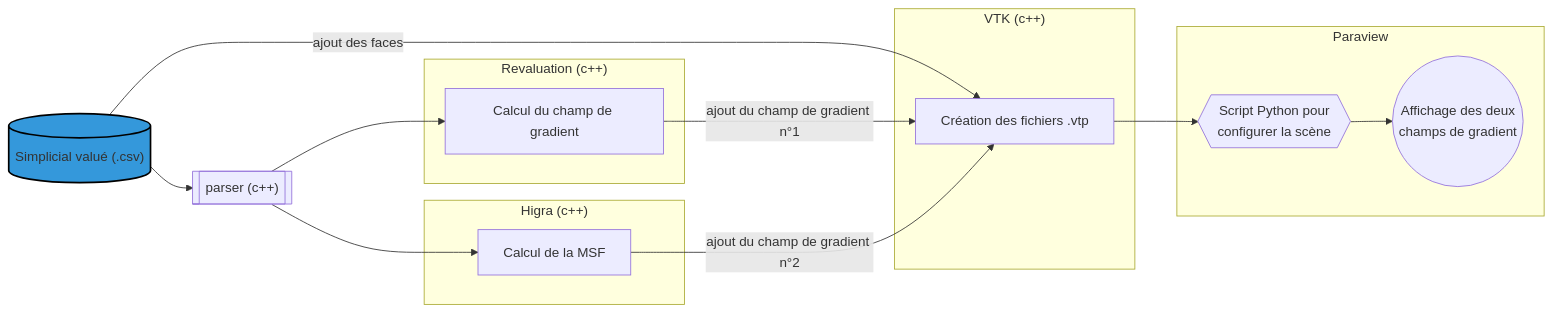
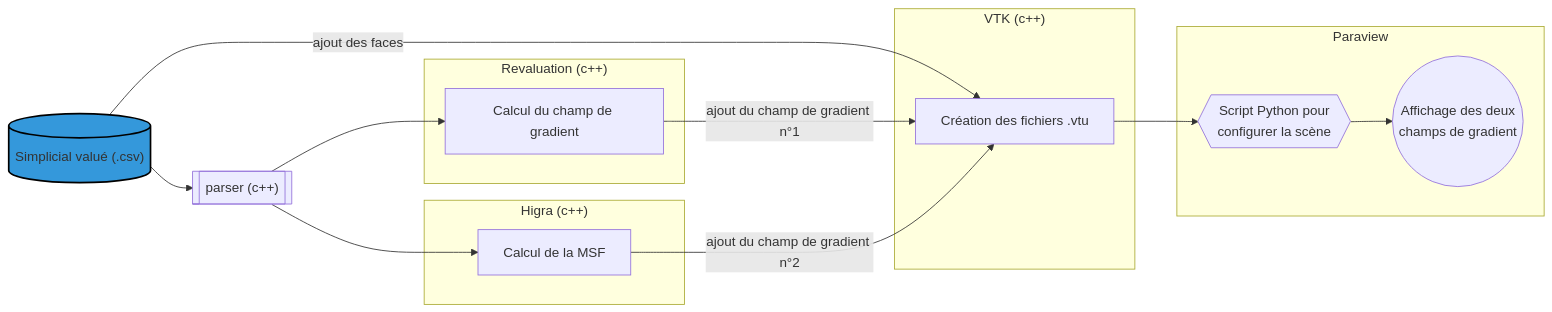
Before and after one commit to El-Bicente/PFEE: the diagram in schema.md, drawn with Mermaid.

````diff
--- a/schema.md
+++ b/schema.md
@@ -1,35 +1,35 @@
 ```mermaid
 graph LR
 
     S[("Simplicial valué (.csv)")]:::data
     S --> PAR
-    S -- "ajout des faces" --> VTP
+    S -- "ajout des faces" --> VTU
     
     PAR[["parser (c++)"]]
     PAR --> R
     PAR --> M
     
     subgraph "Revaluation (c++)"
         R[Calcul du champ de gradient]   
     end
-    R -- "ajout du champ de gradient n°1" --> VTP
+    R -- "ajout du champ de gradient n°1" --> VTU
     
     subgraph "Higra (c++)"
         M["Calcul de la MSF"]
     end
-    M -- "ajout du champ de gradient n°2" --> VTP
+    M -- "ajout du champ de gradient n°2" --> VTU
     
     subgraph "VTK (c++)"
-        VTP["Création des fichiers .vtp"]
+        VTU["Création des fichiers .vtu"]
     end
-    VTP --> SC
+    VTU --> SC
     
     subgraph "Paraview"
         SC{{"Script Python pour <br /> configurer la scène"}}
         VIS(("Affichage des deux <br /> champs de gradient"))
         SC --> VIS
     end
     
     classDef data fill:#3498DB,stroke:BLACK,stroke-width:2px 
 
 ```
````
